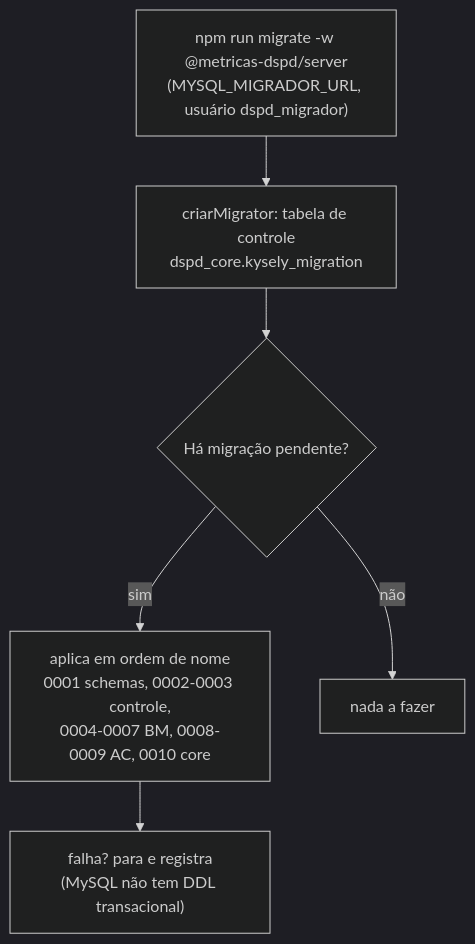
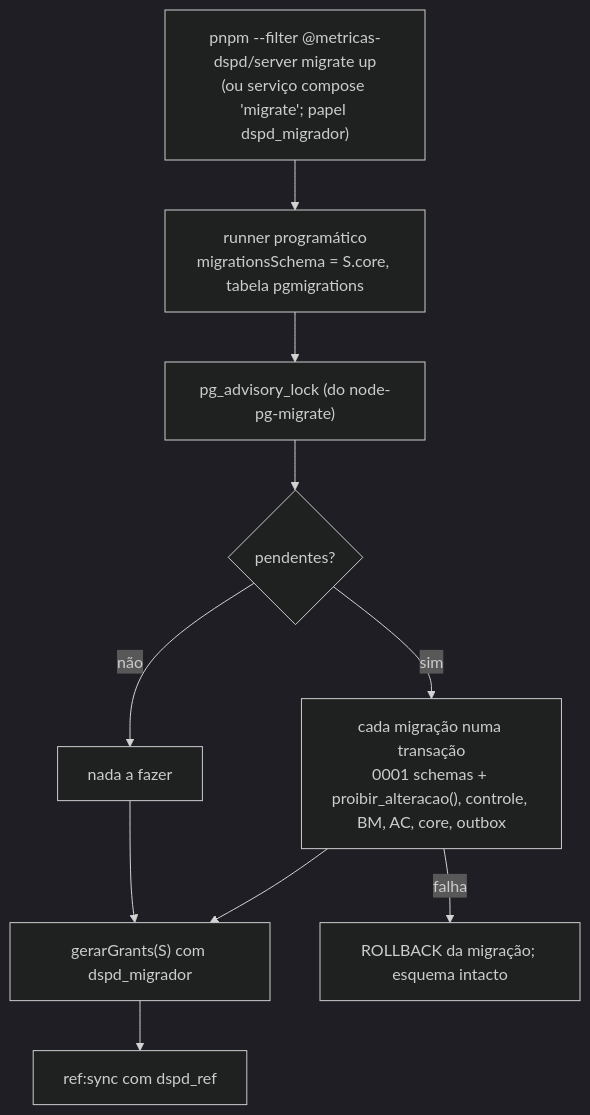
Before and after one commit to rodrigo-isensee/MetricasDSPD: the second of 4 diagrams in docs/architecture/server.md, drawn with Mermaid (dark theme). The commit also changed other lines of this file and 10 other files, not shown here.

First line of the commit message:
docs(arquitetura): ADR 0014 rev. 2 com a stack do usuário em PostgreSQL e custo zero

````diff
--- a/docs/architecture/server.md
+++ b/docs/architecture/server.md
@@ -58,8 +50,12 @@
 ```mermaid
 flowchart TD
-  A["npm run migrate -w @metricas-dspd/server<br/>(MYSQL_MIGRADOR_URL, usuário dspd_migrador)"] --> B["criarMigrator: tabela de controle<br/>dspd_core.kysely_migration"]
-  B --> C{"Há migração pendente?"}
-  C -- sim --> D["aplica em ordem de nome<br/>0001 schemas, 0002-0003 controle,<br/>0004-0007 BM, 0008-0009 AC, 0010 core"]
+  A["pnpm --filter @metricas-dspd/server migrate up<br/>(ou serviço compose 'migrate'; papel dspd_migrador)"] --> B["runner programático<br/>migrationsSchema = S.core, tabela pgmigrations"]
+  B --> L["pg_advisory_lock (do node-pg-migrate)"]
+  L --> C{"pendentes?"}
+  C -- sim --> D["cada migração numa transação<br/>0001 schemas + proibir_alteracao(), controle, BM, AC, core, outbox"]
   C -- não --> E["nada a fazer"]
-  D --> F["falha? para e registra<br/>(MySQL não tem DDL transacional)"]
+  D --> G["gerarGrants(S) com dspd_migrador"]
+  E --> G
+  G --> R["ref:sync com dspd_ref"]
+  D -- falha --> F["ROLLBACK da migração; esquema intacto"]
 ```
````
